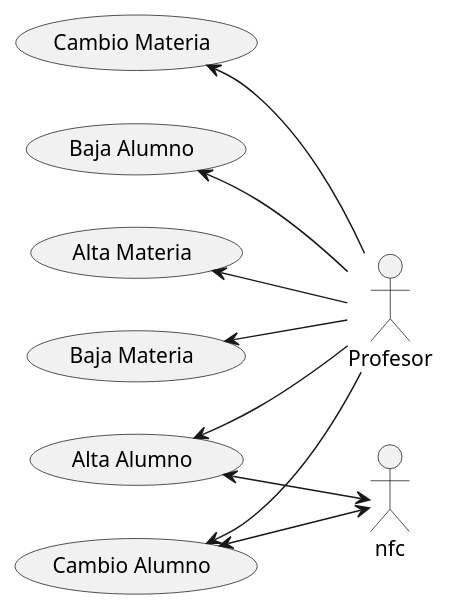
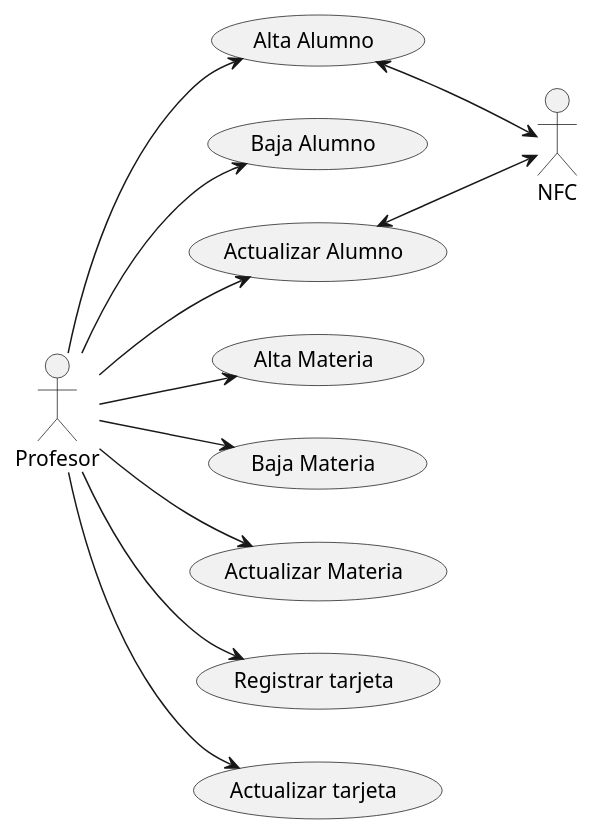
The diagram in Diseño/06_design/Diagrama_de_Casos_de_Uso/DCU-001_Profesor.puml (AngelGabriel02/Proyecto-Sistemas), drawn with PlantUML before and after one commit. The commit also changed 3 other files, not shown here.

Commit message:
FCA-SA: Se actualizan los Diagramas de Casos de Uso

```diff
--- a/Diseño/06_design/Diagrama_de_Casos_de_Uso/DCU-001_Profesor.puml
+++ b/Diseño/06_design/Diagrama_de_Casos_de_Uso/DCU-001_Profesor.puml
@@ -1,25 +1,29 @@
 @startuml Diagrama de Casos de Uso Profesor
 left to right direction
 
 actor "Profesor" as prf
 
+usecase "Alta Alumno" as CU001
+usecase "Baja Alumno" as CU002
+usecase "Actualizar Alumno" as CU003
+
 usecase "Alta Materia" as CU004
 usecase "Baja Materia" as CU005
-usecase "Cambio Materia" as CU006
+usecase "Actualizar Materia" as CU006
 
-usecase "Alta Alumno" as CU007
-usecase "Baja Alumno" as CU008
-usecase "Cambio Alumno" as CU009
+usecase "Registrar tarjeta" as CU007
+usecase "Actualizar tarjeta" as CU008
 
+prf --> CU001
+prf --> CU002
+prf --> CU003
+prf --> CU004
+prf --> CU005
+prf --> CU006
+prf --> CU007
+prf --> CU008
 
-CU004 <-- prf
-CU005 <-- prf
-CU006 <-- prf
-CU007 <-- prf
-CU008 <-- prf
-CU009 <-- prf
-
-CU007 <--> nfc
-CU009 <--> nfc
+CU001 <--> NFC
+CU003 <--> NFC
 
 @enduml
```
